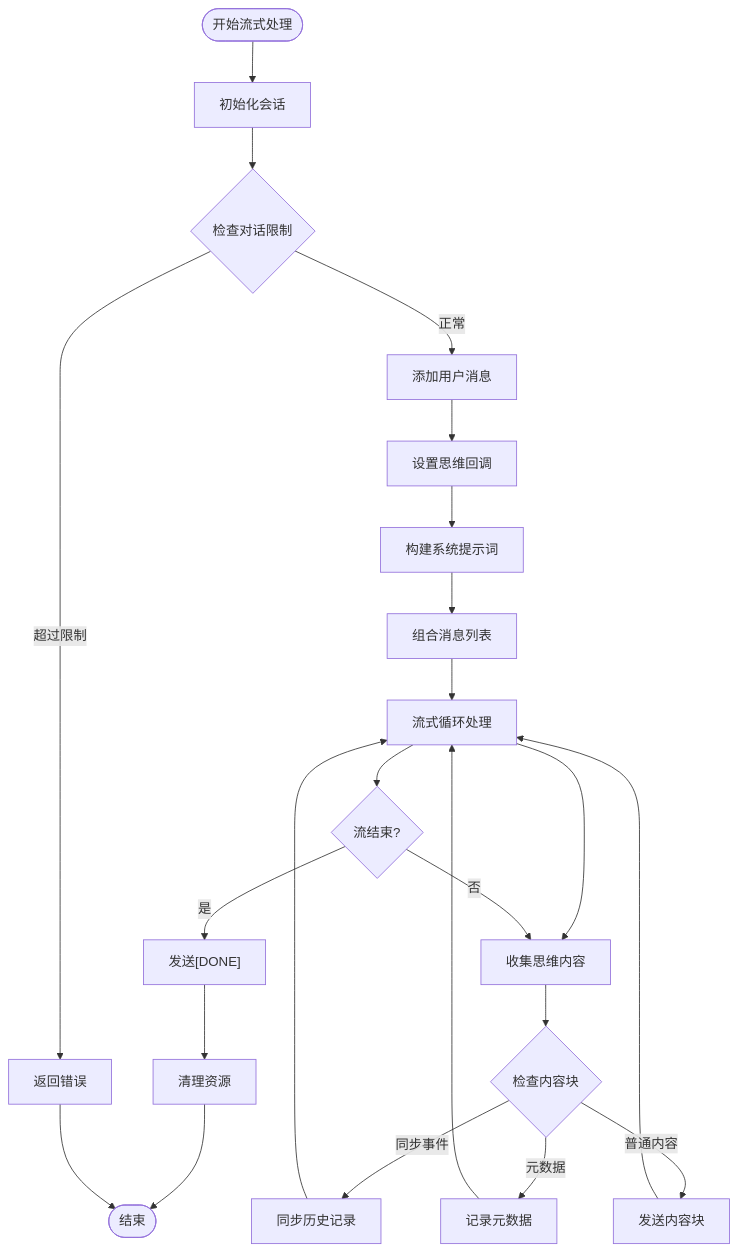
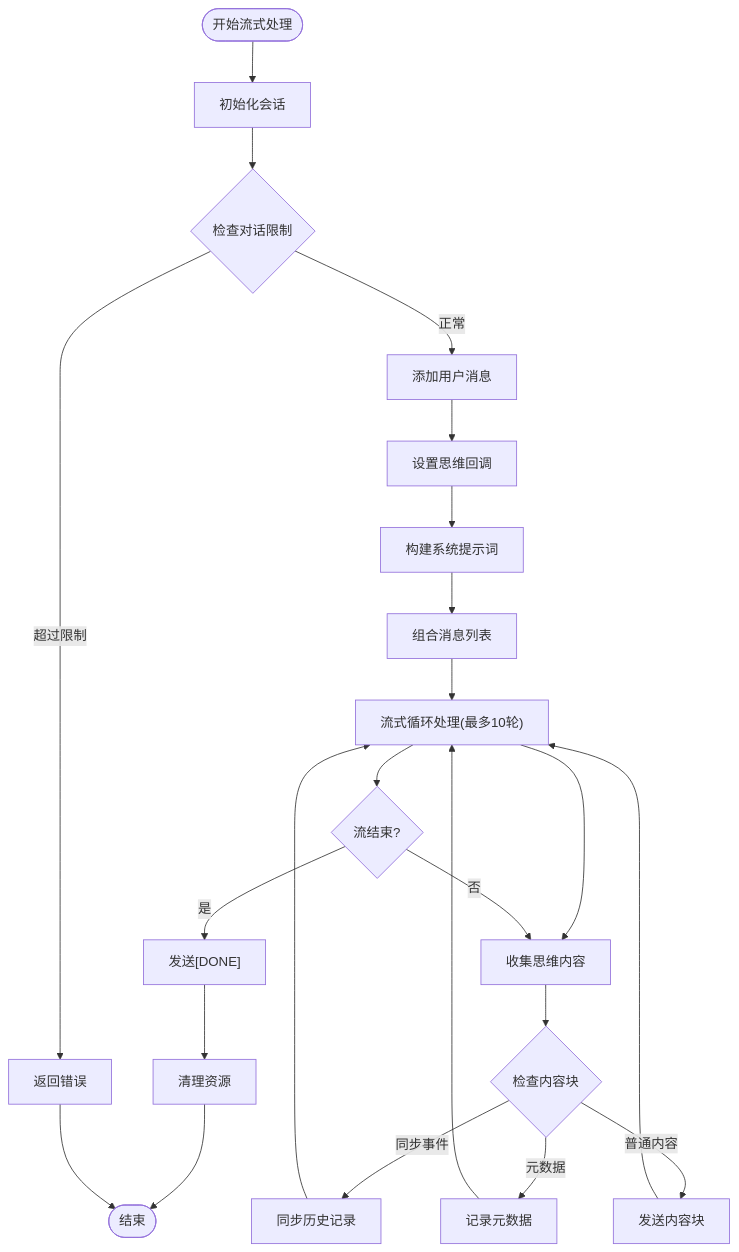
One commit to zhangdahai112/LocalManus changed the fifth of 14 diagrams in .qoder/repowiki/zh/content/智能体系统/ReAct 智能体/ReAct智能体流式增强.md. Above: the diagram before and after it, drawn with Mermaid. The commit also changed other lines of this file and 4 other files, not shown here.

````diff
--- a/.qoder/repowiki/zh/content/智能体系统/ReAct 智能体/ReAct智能体流式增强.md
+++ b/.qoder/repowiki/zh/content/智能体系统/ReAct 智能体/ReAct智能体流式增强.md
@@ -252,25 +263,25 @@
 ```mermaid
 flowchart TD
 Start([开始流式处理]) --> InitSession["初始化会话"]
 InitSession --> CheckLimit{"检查对话限制"}
 CheckLimit --> |超过限制| ReturnError["返回错误"]
 CheckLimit --> |正常| AppendMessage["添加用户消息"]
 AppendMessage --> SetupCallback["设置思维回调"]
 SetupCallback --> BuildPrompt["构建系统提示词"]
 BuildPrompt --> CombineMessages["组合消息列表"]
-CombineMessages --> StreamLoop["流式循环处理"]
+CombineMessages --> StreamLoop["流式循环处理(最多10轮)"]
 StreamLoop --> CollectThinking["收集思维内容"]
 CollectThinking --> CheckChunk{"检查内容块"}
 CheckChunk --> |同步事件| SyncHistory["同步历史记录"]
 CheckChunk --> |元数据| LogMeta["记录元数据"]
 CheckChunk --> |普通内容| SendContent["发送内容块"]
 SendContent --> StreamLoop
 SyncHistory --> StreamLoop
 LogMeta --> StreamLoop
 StreamLoop --> CheckDone{"流结束?"}
 CheckDone --> |否| CollectThinking
 CheckDone --> |是| SendDone["发送[DONE]"]
 SendDone --> Cleanup["清理资源"]
 Cleanup --> End([结束])
 ReturnError --> End
 ```
````
